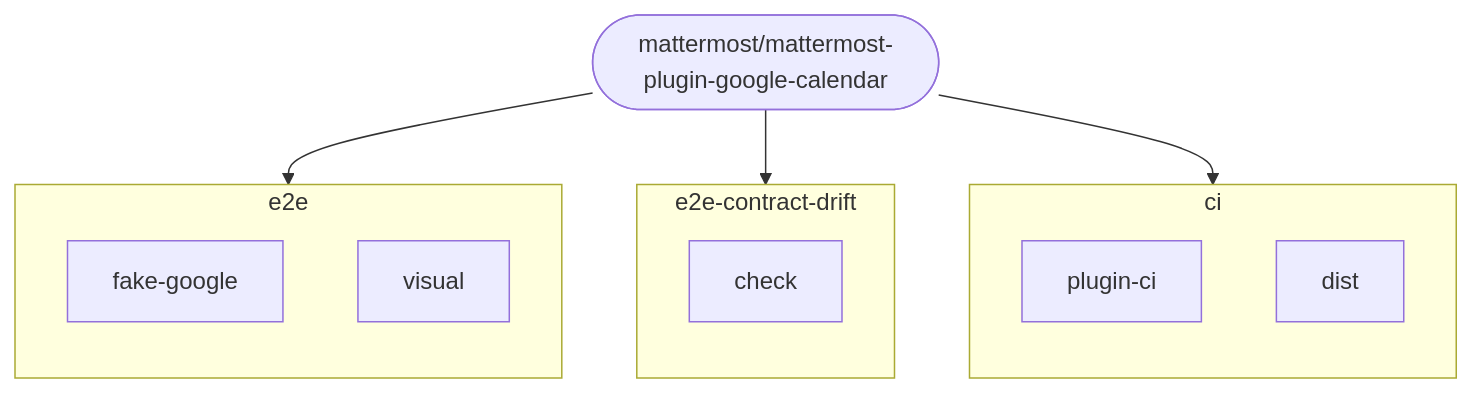
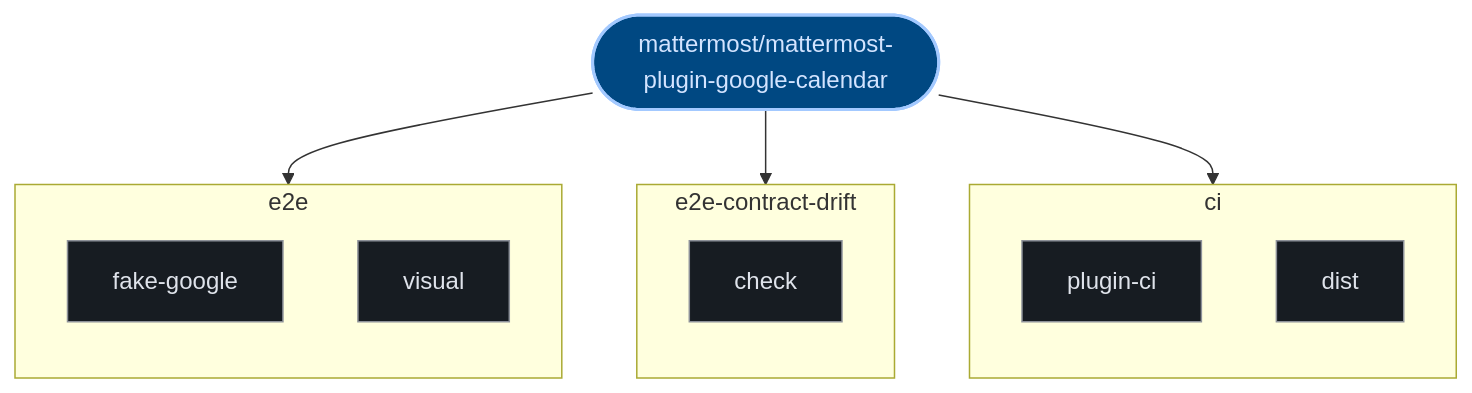
One commit to kumarshaz/atruss-code-atlas changed the third of 3 diagrams in exports/latest/reports/mattermost-mattermost-plugin-google-calendar-report.md. Above: the diagram before and after it, drawn with Mermaid. The commit also changed other lines of this file and 331 other files, not shown here.

Commit message:
docs,ui,fix: update SDLC docs, reorder CI/CD DAG first, stylize Mermaid, and fix Arc42 pipeline topology

````diff
--- a/exports/latest/reports/mattermost-mattermost-plugin-google-calendar-report.md
+++ b/exports/latest/reports/mattermost-mattermost-plugin-google-calendar-report.md
@@ -199,21 +210,28 @@
 ```mermaid
 graph TD;
-  pipeline_root(["mattermost/mattermost-plugin-google-calendar"])
+  classDef atlasRoot fill:#004882,stroke:#a3c9ff,stroke-width:2px,color:#d3e4ff
+  classDef atlasCategory fill:#212428,stroke:#E87A48,stroke-width:1.5px,color:#dfe3eb
+  classDef atlasWorkflow fill:#1b2026,stroke:#a3c9ff,stroke-width:1.5px,color:#dfe3eb
+  classDef atlasJob fill:#171c22,stroke:#8d9199,stroke-width:1px,color:#dfe3eb
+  classDef atlasTarget fill:#005227,stroke:#8bd99b,stroke-width:1.5px,color:#a7f6b6
+  classDef atlasAlert fill:#93000a,stroke:#ffb4ab,stroke-width:1.5px,color:#ffdad6
+  classDef atlasMore fill:#252a31,stroke:#8d9199,stroke-dasharray:4 4,color:#c3c6cf
+  pipeline_root(["mattermost/mattermost-plugin-google-calendar"]):::atlasRoot
   subgraph ci_0["ci"]
     direction TB
-    0_plugin_ci["plugin-ci"]
-    0_dist["dist"]
+    0_plugin_ci["plugin-ci"]:::atlasJob
+    0_dist["dist"]:::atlasJob
   end
   pipeline_root --> 0_plugin_ci
   subgraph e2e_contract_drift_1["e2e-contract-drift"]
     direction TB
-    1_check["check"]
+    1_check["check"]:::atlasJob
   end
   pipeline_root --> 1_check
   subgraph e2e_2["e2e"]
     direction TB
-    2_fake_google["fake-google"]
-    2_visual["visual"]
+    2_fake_google["fake-google"]:::atlasJob
+    2_visual["visual"]:::atlasJob
   end
   pipeline_root --> 2_fake_google
 ```
````
